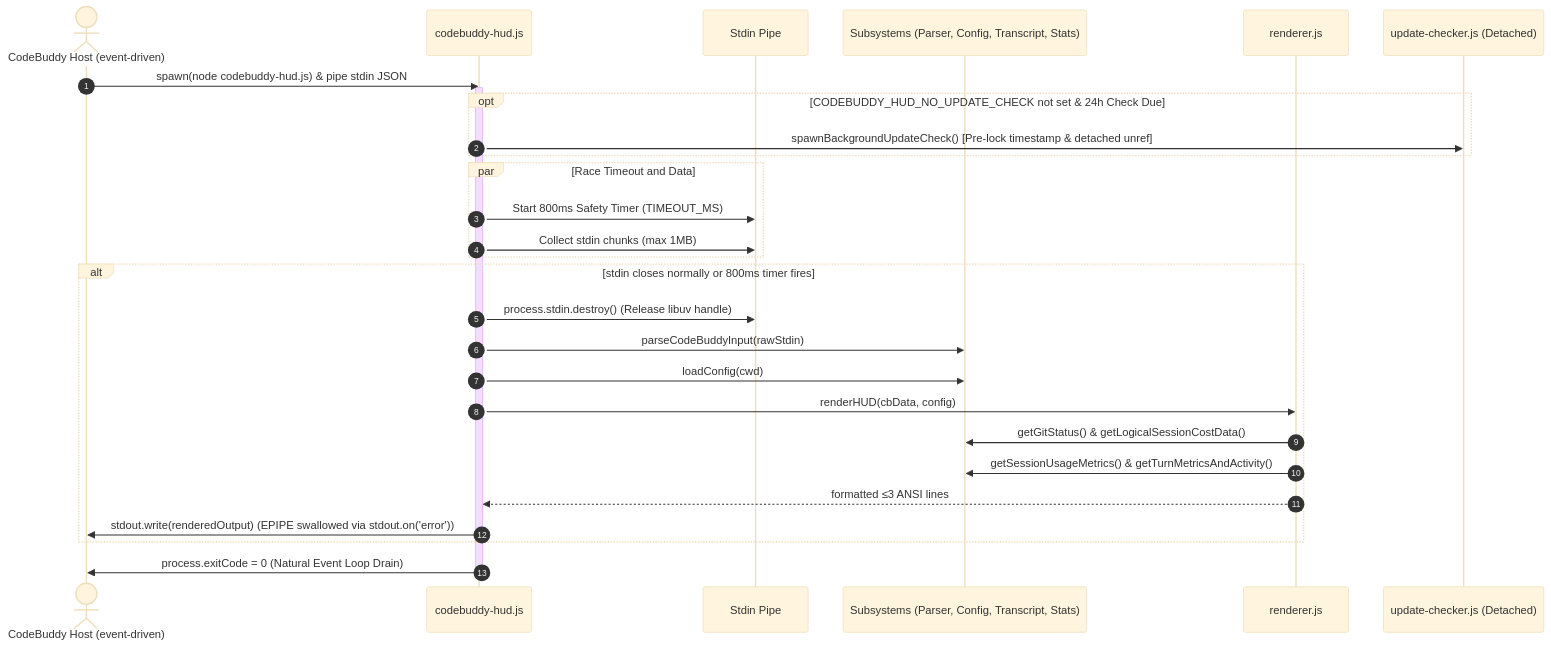
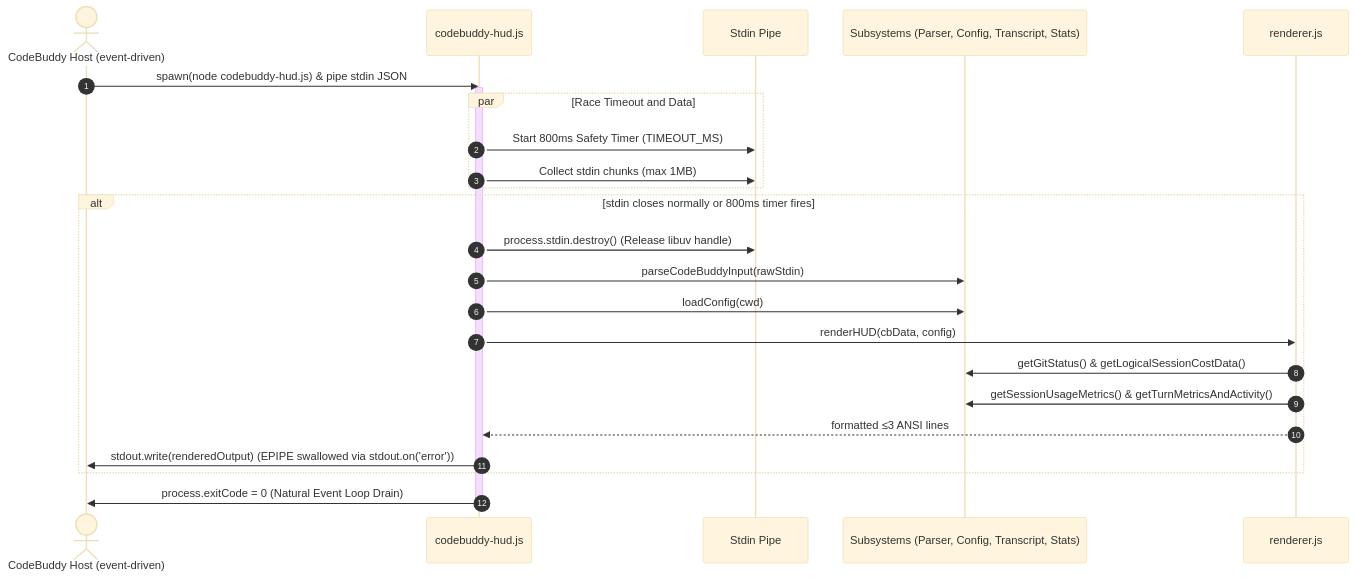
Before and after one commit to XisFool/codebuddy-hud: the second of 2 diagrams in docs/architecture.md, drawn with Mermaid (base theme). The commit also changed other lines of this file and 15 other files, not shown here.

````diff
--- a/docs/architecture.md
+++ b/docs/architecture.md
@@ -97,36 +95,31 @@
 ```mermaid
 sequenceDiagram
     autonumber
     actor Host as CodeBuddy Host (event-driven)
     participant Entry as codebuddy-hud.js
     participant Stdin as Stdin Pipe
     participant Engine as Subsystems (Parser, Config, Transcript, Stats)
     participant Renderer as renderer.js
-    participant Background as update-checker.js (Detached)
 
     Host->>Entry: spawn(node codebuddy-hud.js) & pipe stdin JSON
     activate Entry
     
-    opt CODEBUDDY_HUD_NO_UPDATE_CHECK not set & 24h Check Due
-        Entry->>Background: spawnBackgroundUpdateCheck() [Pre-lock timestamp & detached unref]
-    end
-
     par Race Timeout and Data
         Entry->>Stdin: Start 800ms Safety Timer (TIMEOUT_MS)
         Entry->>Stdin: Collect stdin chunks (max 1MB)
     end
 
     alt stdin closes normally or 800ms timer fires
         Entry->>Stdin: process.stdin.destroy() (Release libuv handle)
         Entry->>Engine: parseCodeBuddyInput(rawStdin)
         Entry->>Engine: loadConfig(cwd)
         Entry->>Renderer: renderHUD(cbData, config)
         Renderer->>Engine: getGitStatus() & getLogicalSessionCostData()
         Renderer->>Engine: getSessionUsageMetrics() & getTurnMetricsAndActivity()
         Renderer-->>Entry: formatted ≤3 ANSI lines
         Entry->>Host: stdout.write(renderedOutput) (EPIPE swallowed via stdout.on('error'))
     end
 
     Entry->>Host: process.exitCode = 0 (Natural Event Loop Drain)
     deactivate Entry
 ```
````
